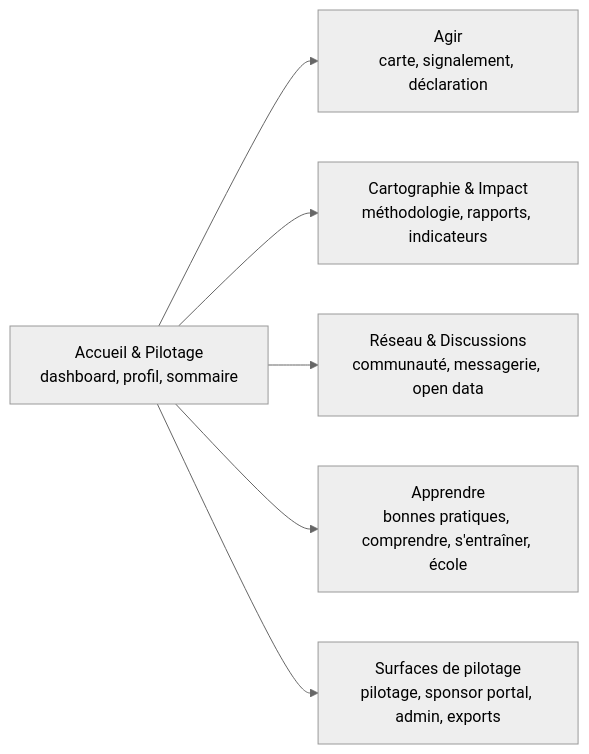
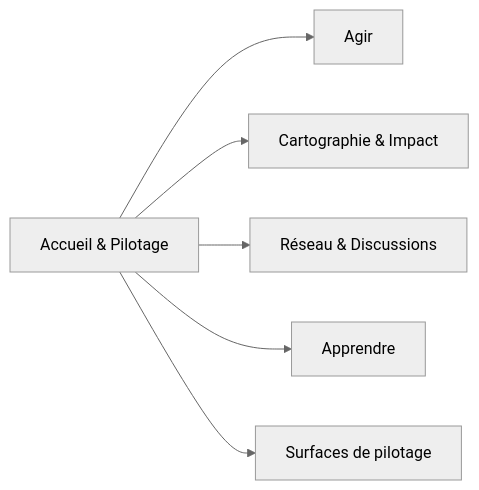
One commit to maxd4/CleanmyMap changed the diagram in documentation/product/vision-et-objectifs.md. Above: the diagram before and after it, drawn with Mermaid (neutral theme). The commit also changed other lines of this file and 4 other files, not shown here.

````diff
--- a/documentation/product/vision-et-objectifs.md
+++ b/documentation/product/vision-et-objectifs.md
@@ -35,8 +91,8 @@
 ```mermaid
 flowchart LR
-  HOME[Accueil & Pilotage<br/>dashboard, profil, sommaire] --> ACT[Agir<br/>carte, signalement, déclaration]
-  HOME --> CARTO[Cartographie & Impact<br/>méthodologie, rapports, indicateurs]
-  HOME --> RESEAU[Réseau & Discussions<br/>communauté, messagerie, open data]
-  HOME --> LEARN[Apprendre<br/>bonnes pratiques, comprendre, s'entraîner, école]
-  HOME --> OPS[Surfaces de pilotage<br/>pilotage, sponsor portal, admin, exports]
+  HOME["Accueil & Pilotage"] --> ACT["Agir"]
+  HOME --> CARTO["Cartographie & Impact"]
+  HOME --> RESEAU["Réseau & Discussions"]
+  HOME --> LEARN["Apprendre"]
+  HOME --> OPS["Surfaces de pilotage"]
 ```
````
